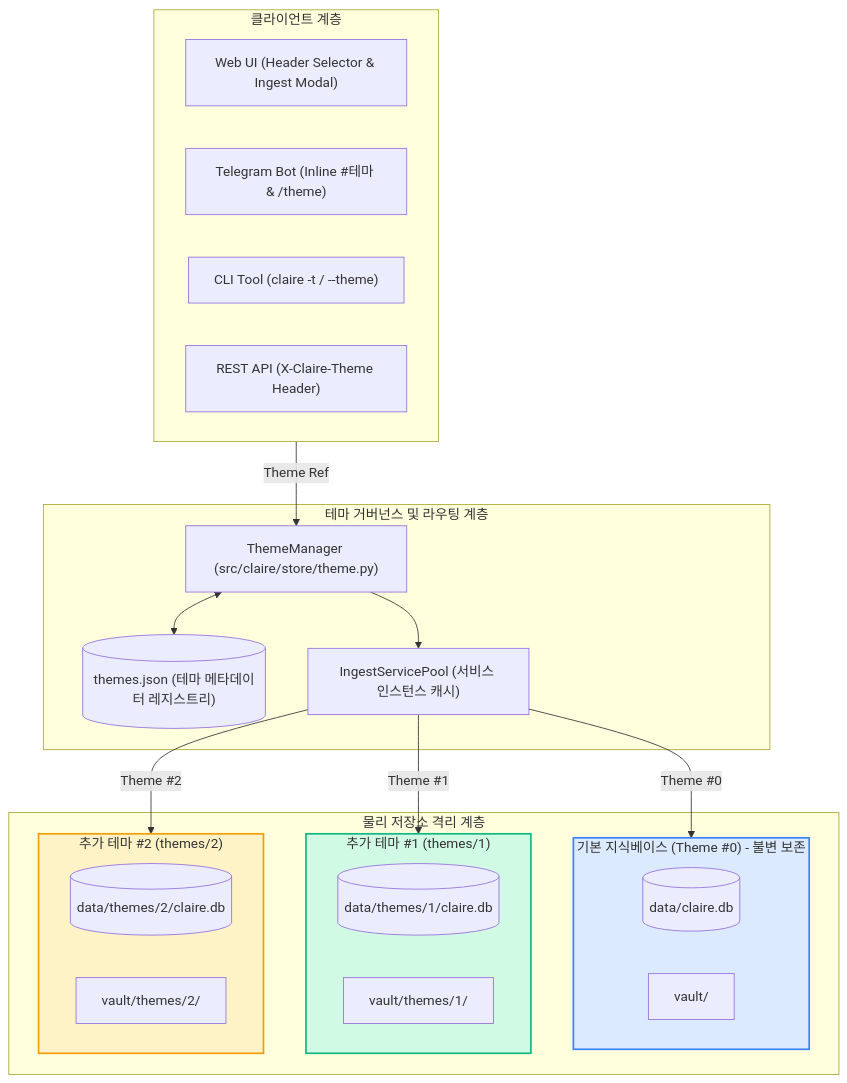
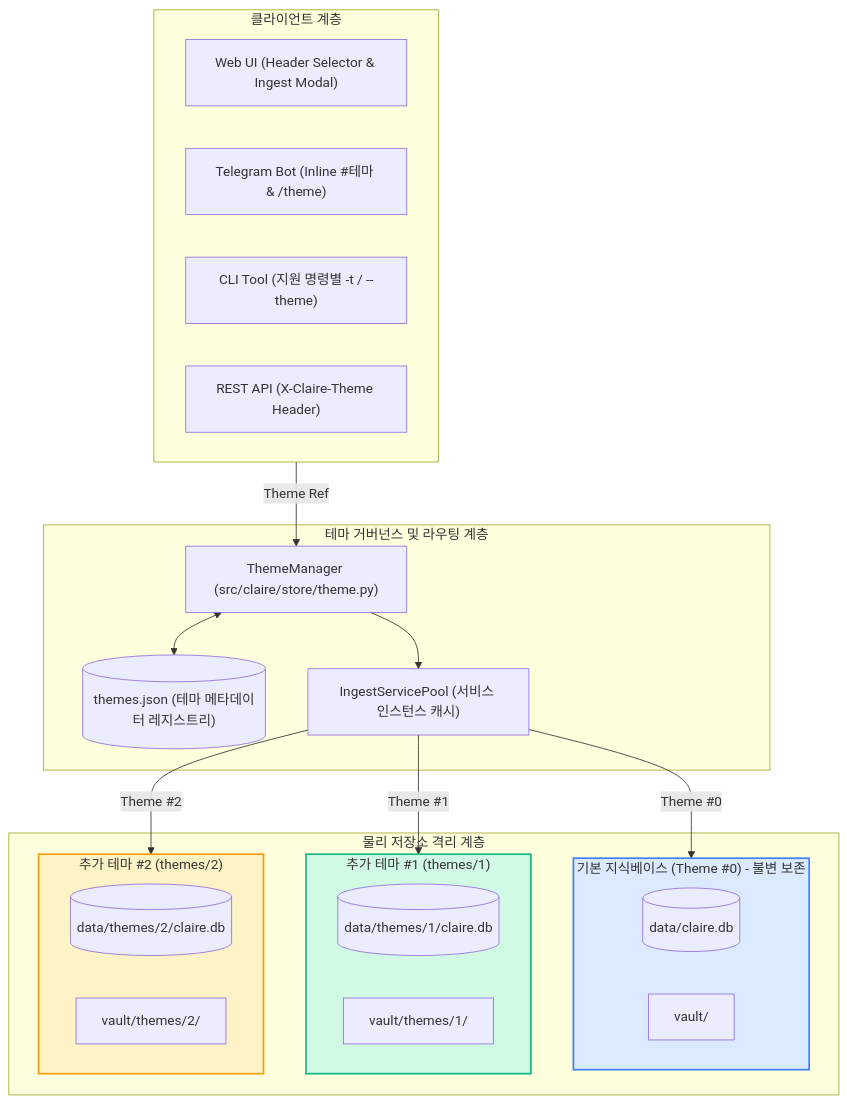
One commit to fofwisdom/claire-bible changed the first of 2 diagrams in docs/origin/design/MULTI_THEME_ARCHITECTURE_DESIGN.md. Above: the diagram before and after it, drawn with Mermaid. The commit also changed other lines of this file and 9 other files, not shown here.

````diff
--- a/docs/origin/design/MULTI_THEME_ARCHITECTURE_DESIGN.md
+++ b/docs/origin/design/MULTI_THEME_ARCHITECTURE_DESIGN.md
@@ -39,41 +39,41 @@
 ```mermaid
 graph TD
     subgraph Client_Layer [클라이언트 계층]
         Web["Web UI (Header Selector & Ingest Modal)"]
         Bot["Telegram Bot (Inline #테마 & /theme)"]
-        CLI["CLI Tool (claire -t / --theme)"]
+        CLI["CLI Tool (지원 명령별 -t / --theme)"]
         API["REST API (X-Claire-Theme Header)"]
     end
 
     subgraph Governance_Layer [테마 거버넌스 및 라우팅 계층]
         ThemeMgr["ThemeManager (src/claire/store/theme.py)"]
         Registry[("themes.json (테마 메타데이터 레지스트리)")]
         Pool["IngestServicePool (서비스 인스턴스 캐시)"]
     end
 
     subgraph Storage_Isolation_Layer [물리 저장소 격리 계층]
         subgraph Theme_0 ["기본 지식베이스 (Theme #0) - 불변 보존"]
             DB0[("data/claire.db")]
             V0["vault/"]
         end
         subgraph Theme_1 ["추가 테마 #1 (themes/1)"]
             DB1[("data/themes/1/claire.db")]
             V1["vault/themes/1/"]
         end
         subgraph Theme_2 ["추가 테마 #2 (themes/2)"]
             DB2[("data/themes/2/claire.db")]
             V2["vault/themes/2/"]
         end
     end
 
     Client_Layer -->|Theme Ref| ThemeMgr
     ThemeMgr <--> Registry
     ThemeMgr --> Pool
     Pool -->|Theme #0| Theme_0
     Pool -->|Theme #1| Theme_1
     Pool -->|Theme #2| Theme_2
 
     style Theme_0 fill:#dbeafe,stroke:#3b82f6,stroke-width:2px
     style Theme_1 fill:#d1fae5,stroke:#10b981,stroke-width:2px
     style Theme_2 fill:#fef3c7,stroke:#f59e0b,stroke-width:2px
 ```
````
